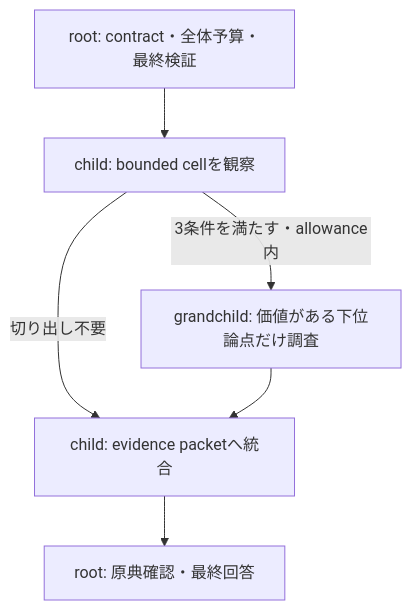
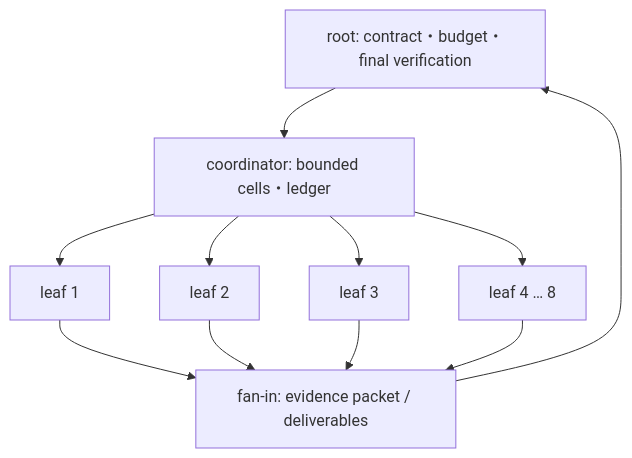
Before and after one commit to dj-thank/luna-research-skills: the diagram in README.md, drawn with Mermaid. The commit also changed other lines of this file and 44 other files, not shown here.

````diff
--- a/README.md
+++ b/README.md
@@ -192,13 +90,20 @@
 ```mermaid
 flowchart TD
-    R["root: contract・全体予算・最終検証"]
-    C["child: bounded cellを観察"]
-    G["grandchild: 価値がある下位論点だけ調査"]
-    P["child: evidence packetへ統合"]
-    O["root: 原典確認・最終回答"]
-    R --> C
-    C -->|"3条件を満たす・allowance内"| G
-    C -->|"切り出し不要"| P
-    G --> P
-    P --> O
+  R["root: contract・budget・final verification"]
+  C["coordinator: bounded cells・ledger"]
+  L1["leaf 1"]
+  L2["leaf 2"]
+  L3["leaf 3"]
+  L4["leaf 4 … 8"]
+  F["fan-in: evidence packet / deliverables"]
+  R --> C
+  C --> L1
+  C --> L2
+  C --> L3
+  C --> L4
+  L1 --> F
+  L2 --> F
+  L3 --> F
+  L4 --> F
+  F --> R
 ```
````
